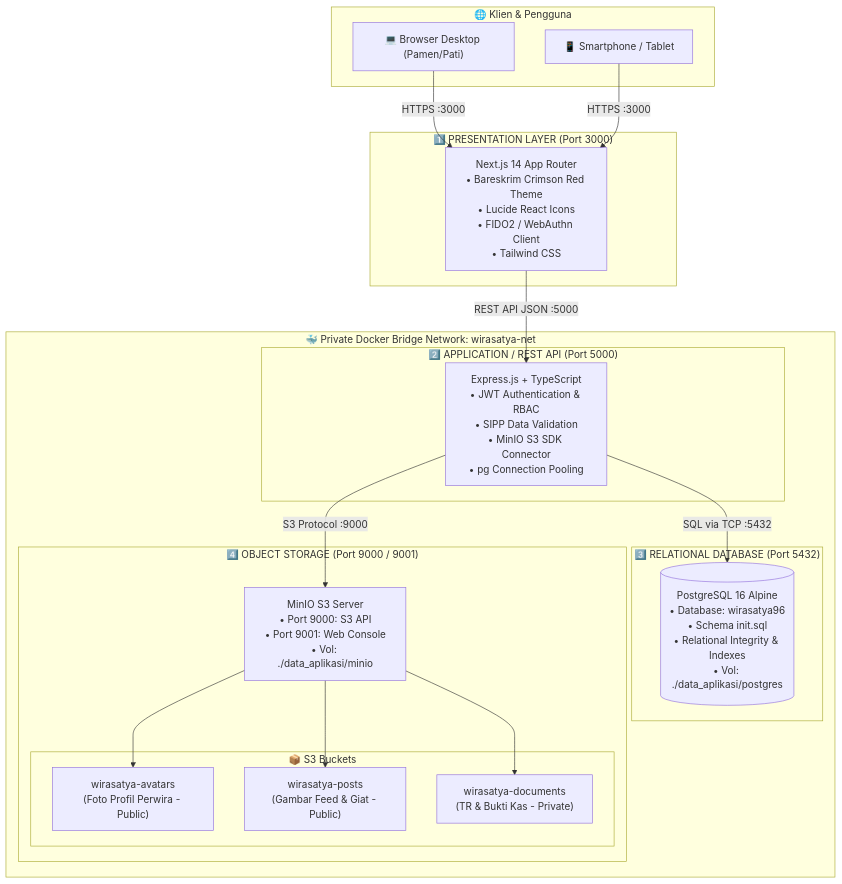
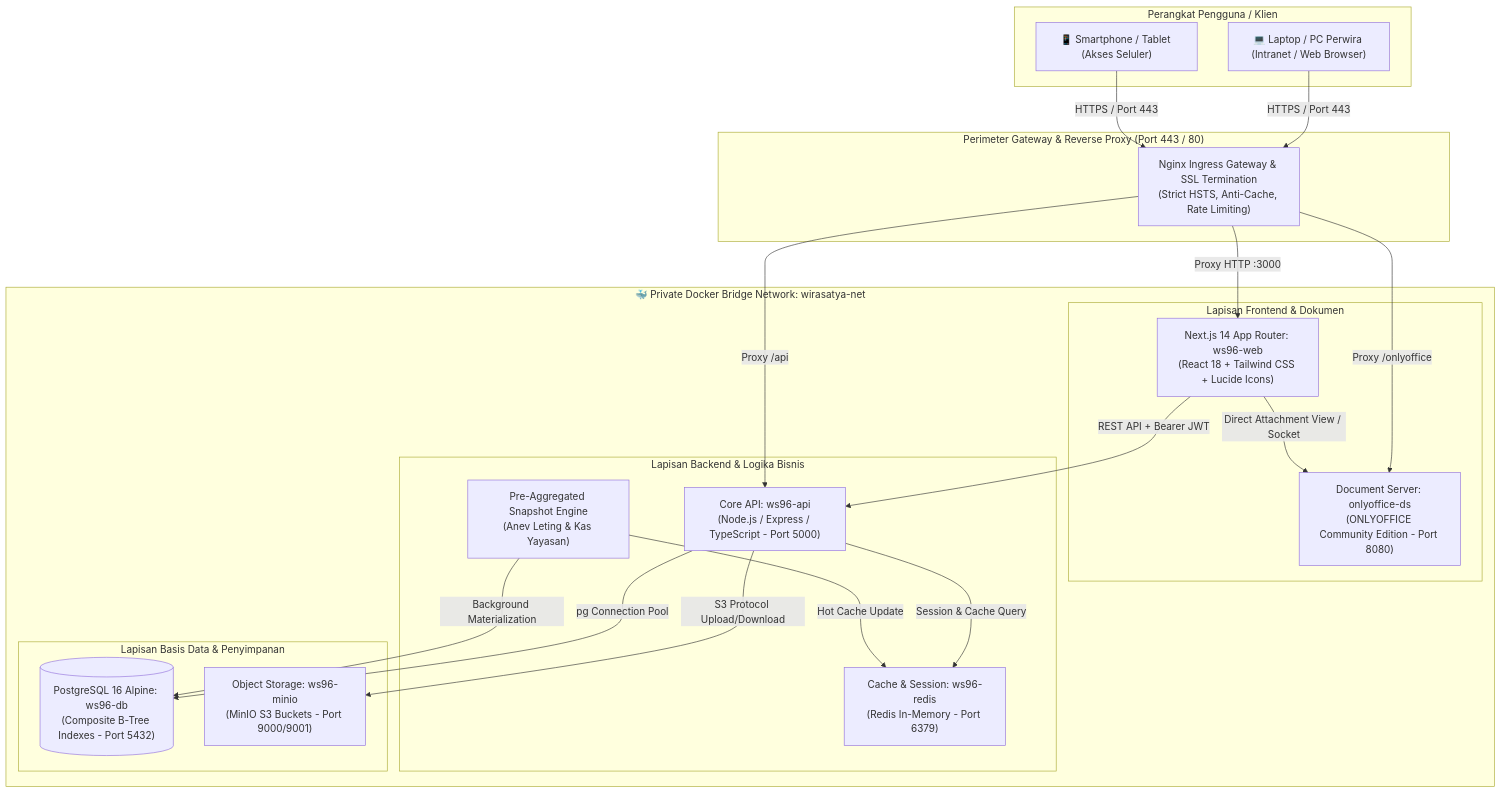
The first of 2 diagrams in ARCHITECTURE.md (omeko11/wirasatya96), drawn with Mermaid before and after one commit. The commit also changed other lines of this file, not shown here.

Commit message:
docs: enrich ARCHITECTURE.md with enterprise patterns from CAS reference adapted for hundreds of thousands data scale

````diff
--- a/ARCHITECTURE.md
+++ b/ARCHITECTURE.md
@@ -19,40 +24,44 @@
 ```mermaid
-graph TD
-    subgraph ClientLayer["🌐 Klien & Pengguna"]
-        DesktopUser["💻 Browser Desktop (Pamen/Pati)"]
-        MobileUser["📱 Smartphone / Tablet"]
+flowchart TD
+    subgraph Klien_Eksternal["Perangkat Pengguna / Klien"]
+        PC["💻 Laptop / PC Perwira (Intranet / Web Browser)"]
+        Mobile["📱 Smartphone / Tablet (Akses Seluler)"]
     end
 
-    subgraph Tier1["1️⃣ PRESENTATION LAYER (Port 3000)"]
-        FE["Next.js 14 App Router<br/>• Bareskrim Crimson Red Theme<br/>• Lucide React Icons<br/>• FIDO2 / WebAuthn Client<br/>• Tailwind CSS"]
+    subgraph Perimeter_Gateway["Perimeter Gateway & Reverse Proxy (Port 443 / 80)"]
+        Nginx["Nginx Ingress Gateway & SSL Termination\n(Strict HSTS, Anti-Cache, Rate Limiting)"]
     end
 
-    subgraph DockerNetwork["🐳 Private Docker Bridge Network: wirasatya-net"]
-        subgraph Tier2["2️⃣ APPLICATION / REST API (Port 5000)"]
-            BE["Express.js + TypeScript<br/>• JWT Authentication & RBAC<br/>• SIPP Data Validation<br/>• MinIO S3 SDK Connector<br/>• pg Connection Pooling"]
+    subgraph Docker_Network["🐳 Private Docker Bridge Network: wirasatya-net"]
+        subgraph Tier_FE["Lapisan Frontend & Dokumen"]
+            FE["Next.js 14 App Router: ws96-web\n(React 18 + Tailwind CSS + Lucide Icons)"]
+            OnlyOffice["Document Server: onlyoffice-ds\n(ONLYOFFICE Community Edition - Port 8080)"]
         end
 
-        subgraph Tier3["3️⃣ RELATIONAL DATABASE (Port 5432)"]
-            DB[("PostgreSQL 16 Alpine<br/>• Database: wirasatya96<br/>• Schema init.sql<br/>• Relational Integrity & Indexes<br/>• Vol: ./data_aplikasi/postgres")]
+        subgraph Tier_BE["Lapisan Backend & Logika Bisnis"]
+            BE_API["Core API: ws96-api\n(Node.js / Express / TypeScript - Port 5000)"]
+            SnapshotWorker["Pre-Aggregated Snapshot Engine\n(Anev Leting & Kas Yayasan)"]
+            RedisCache["Cache & Session: ws96-redis\n(Redis In-Memory - Port 6379)"]
         end
 
-        subgraph Tier4["4️⃣ OBJECT STORAGE (Port 9000 / 9001)"]
-            MinIO["MinIO S3 Server<br/>• Port 9000: S3 API<br/>• Port 9001: Web Console<br/>• Vol: ./data_aplikasi/minio"]
-            
-            subgraph Buckets["📦 S3 Buckets"]
-                B1["wirasatya-avatars<br/>(Foto Profil Perwira - Public)"]
-                B2["wirasatya-posts<br/>(Gambar Feed & Giat - Public)"]
-                B3["wirasatya-documents<br/>(TR & Bukti Kas - Private)"]
-            end
+        subgraph Tier_Data["Lapisan Basis Data & Penyimpanan"]
+            PG_DB[("PostgreSQL 16 Alpine: ws96-db\n(Composite B-Tree Indexes - Port 5432)")]
+            MinioStore["Object Storage: ws96-minio\n(MinIO S3 Buckets - Port 9000/9001)"]
         end
     end
 
-    DesktopUser -->|HTTPS :3000| FE
-    MobileUser -->|HTTPS :3000| FE
-    FE -->|REST API JSON :5000| BE
-    BE -->|SQL via TCP :5432| DB
-    BE -->|S3 Protocol :9000| MinIO
-    MinIO --> B1
-    MinIO --> B2
-    MinIO --> B3
+    PC -->|HTTPS / Port 443| Nginx
+    Mobile -->|HTTPS / Port 443| Nginx
+
+    Nginx -->|Proxy HTTP :3000| FE
+    Nginx -->|Proxy /onlyoffice| OnlyOffice
+    Nginx -->|Proxy /api| BE_API
+
+    FE -->|REST API + Bearer JWT| BE_API
+    FE -->|Direct Attachment View / Socket| OnlyOffice
+    BE_API -->|pg Connection Pool| PG_DB
+    BE_API -->|Session & Cache Query| RedisCache
+    BE_API -->|S3 Protocol Upload/Download| MinioStore
+    SnapshotWorker -->|Background Materialization| PG_DB
+    SnapshotWorker -->|Hot Cache Update| RedisCache
 ```
````
